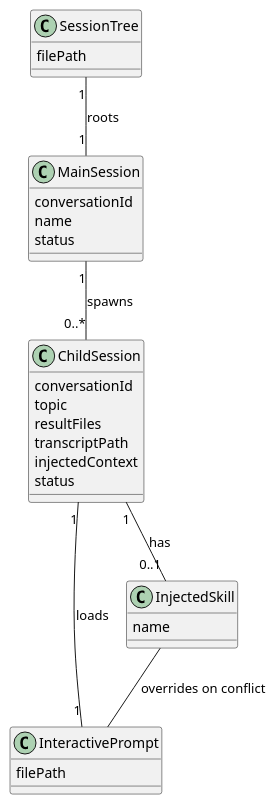
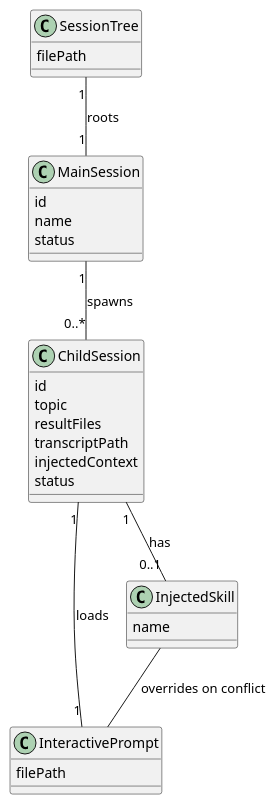
Before and after one commit to studykit/studykit-marketplace: the first of 2 diagrams in A4/co-think/2026-03-29-1500-agent-orchestrator.domain.md, drawn with PlantUML. The commit also changed other lines of this file and 25 other files, not shown here.

````diff
--- a/A4/co-think/2026-03-29-1500-agent-orchestrator.domain.md
+++ b/A4/co-think/2026-03-29-1500-agent-orchestrator.domain.md
@@ -29,36 +29,36 @@
 ```plantuml
 @startuml
 class MainSession {
-  conversationId
+  id
   name
   status
 }
 
 class ChildSession {
-  conversationId
+  id
   topic
   resultFiles
   transcriptPath
   injectedContext
   status
 }
 
 class SessionTree {
   filePath
 }
 
 class InteractivePrompt {
   filePath
 }
 
 class InjectedSkill {
   name
 }
 
 SessionTree "1" -- "1" MainSession : roots
 MainSession "1" -- "0..*" ChildSession : spawns
 ChildSession "1" -- "1" InteractivePrompt : loads
 ChildSession "1" -- "0..1" InjectedSkill : has
 InjectedSkill -- InteractivePrompt : overrides on conflict
 @enduml
 ```
````
